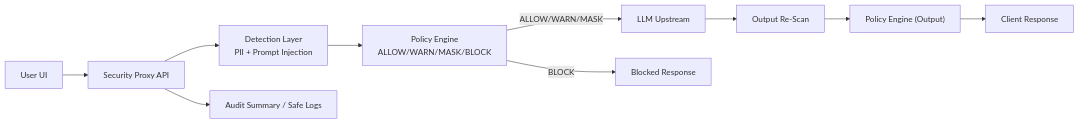
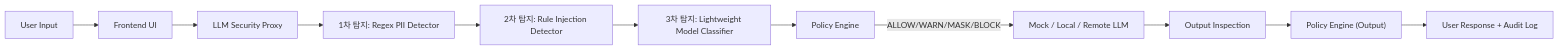
The diagram in README.md (treasonking/Capstone_Design), drawn with Mermaid before and after one commit. The commit also changed other lines of this file and 50 other files, not shown here.

Commit message:
feat: add hybrid detection architecture and tooling

````diff
--- a/README.md
+++ b/README.md
@@ -86,12 +28,13 @@
 ```mermaid
 flowchart LR
-    U["User UI"] --> P["Security Proxy API"]
-    P --> D["Detection Layer<br/>PII + Prompt Injection"]
-    D --> E["Policy Engine<br/>ALLOW/WARN/MASK/BLOCK"]
-    E -->|ALLOW/WARN/MASK| L["LLM Upstream"]
-    E -->|BLOCK| X["Blocked Response"]
-    L --> O["Output Re-Scan"]
+    U["User Input"] --> F["Frontend UI"]
+    F --> P["LLM Security Proxy"]
+    P --> R1["1차 탐지: Regex PII Detector"]
+    R1 --> R2["2차 탐지: Rule Injection Detector"]
+    R2 --> R3["3차 탐지: Lightweight Model Classifier"]
+    R3 --> E["Policy Engine"]
+    E -->|ALLOW/WARN/MASK/BLOCK| L["Mock / Local / Remote LLM"]
+    L --> O["Output Inspection"]
     O --> E2["Policy Engine (Output)"]
-    E2 --> R["Client Response"]
-    P --> A["Audit Summary / Safe Logs"]
+    E2 --> A["User Response + Audit Log"]
 ```
````
